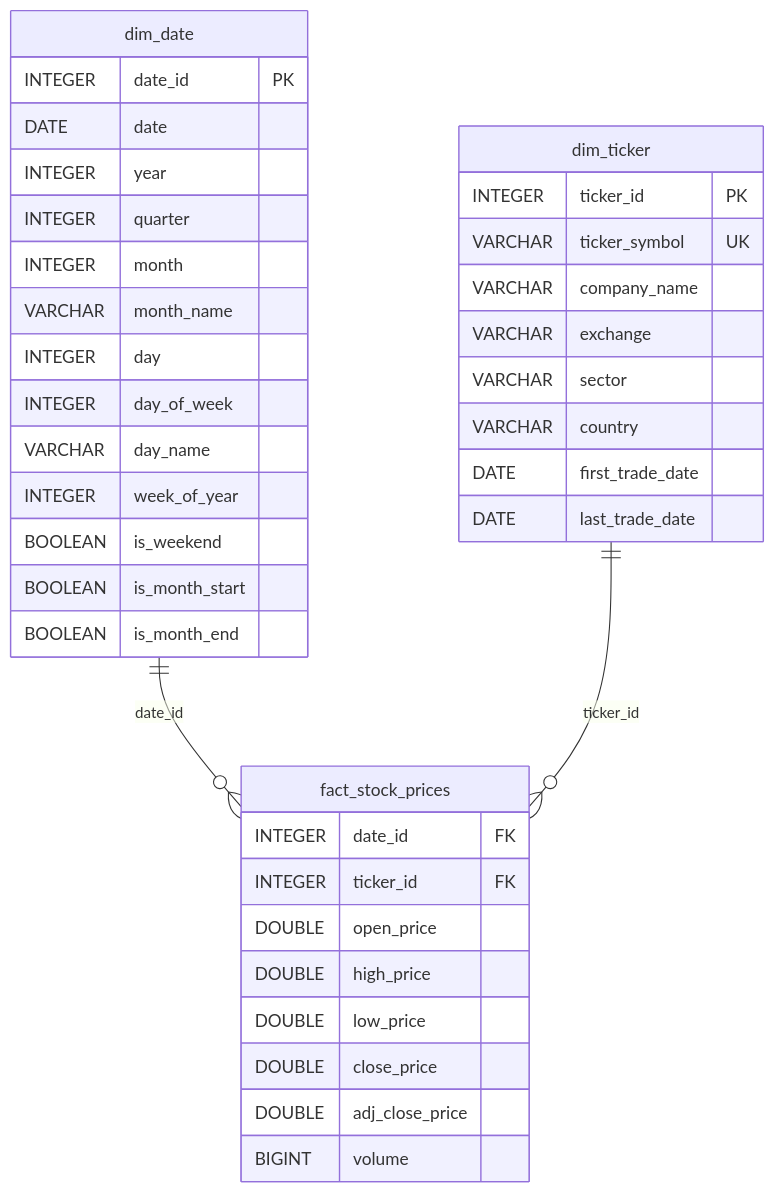
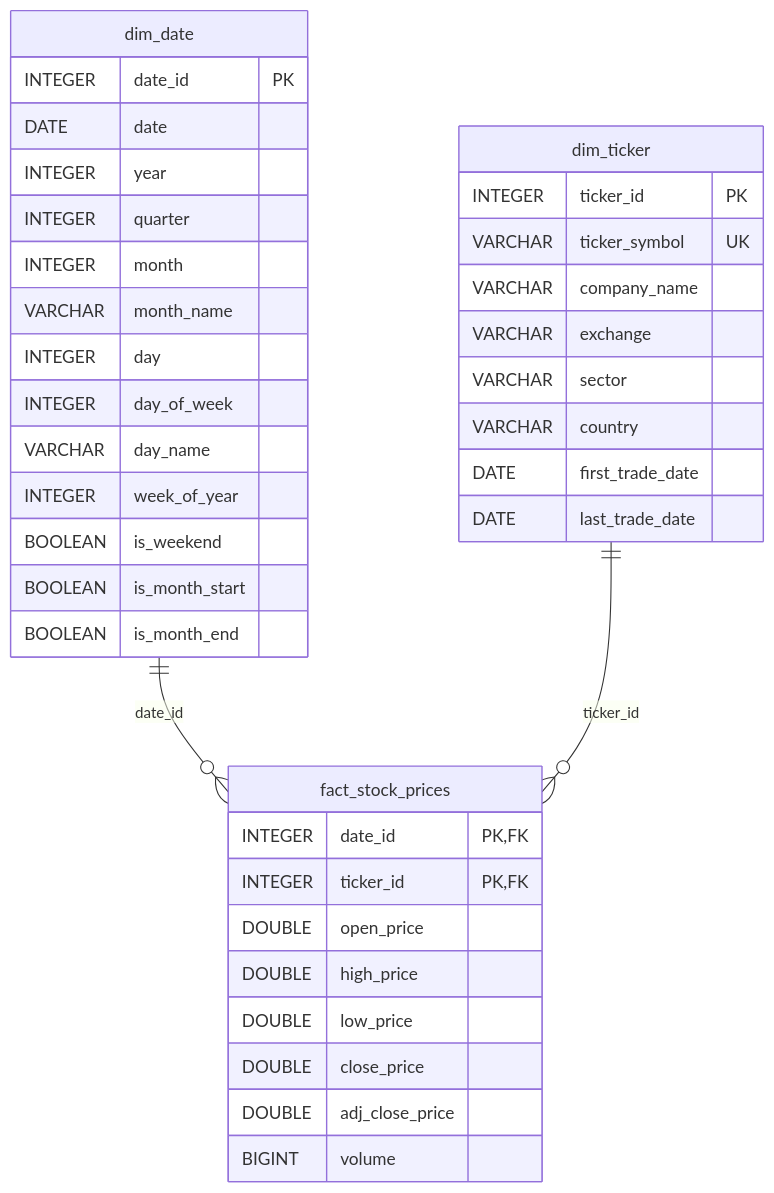
Before and after one commit to rbrtrss/adrs_warehouse: the diagram in diagrams/er_diagram.mmd, drawn with Mermaid. The commit also changed 1 other file, not shown here.

Commit message:
Fix fact_stock_prices key notation in ER diagram
Mark date_id and ticker_id as PK,FK instead of FK only,
correctly reflecting that they form a composite primary key
while also being foreign keys.

Affected files: README.md, diagrams/er_diagram.mmd

```diff
--- a/diagrams/er_diagram.mmd
+++ b/diagrams/er_diagram.mmd
@@ -1,41 +1,41 @@
 erDiagram
     dim_date {
         INTEGER date_id PK
         DATE date
         INTEGER year
         INTEGER quarter
         INTEGER month
         VARCHAR month_name
         INTEGER day
         INTEGER day_of_week
         VARCHAR day_name
         INTEGER week_of_year
         BOOLEAN is_weekend
         BOOLEAN is_month_start
         BOOLEAN is_month_end
     }
 
     dim_ticker {
         INTEGER ticker_id PK
         VARCHAR ticker_symbol UK
         VARCHAR company_name
         VARCHAR exchange
         VARCHAR sector
         VARCHAR country
         DATE first_trade_date
         DATE last_trade_date
     }
 
     fact_stock_prices {
-        INTEGER date_id FK
-        INTEGER ticker_id FK
+        INTEGER date_id PK,FK
+        INTEGER ticker_id PK,FK
         DOUBLE open_price
         DOUBLE high_price
         DOUBLE low_price
         DOUBLE close_price
         DOUBLE adj_close_price
         BIGINT volume
     }
 
     dim_date ||--o{ fact_stock_prices : "date_id"
     dim_ticker ||--o{ fact_stock_prices : "ticker_id"
```
